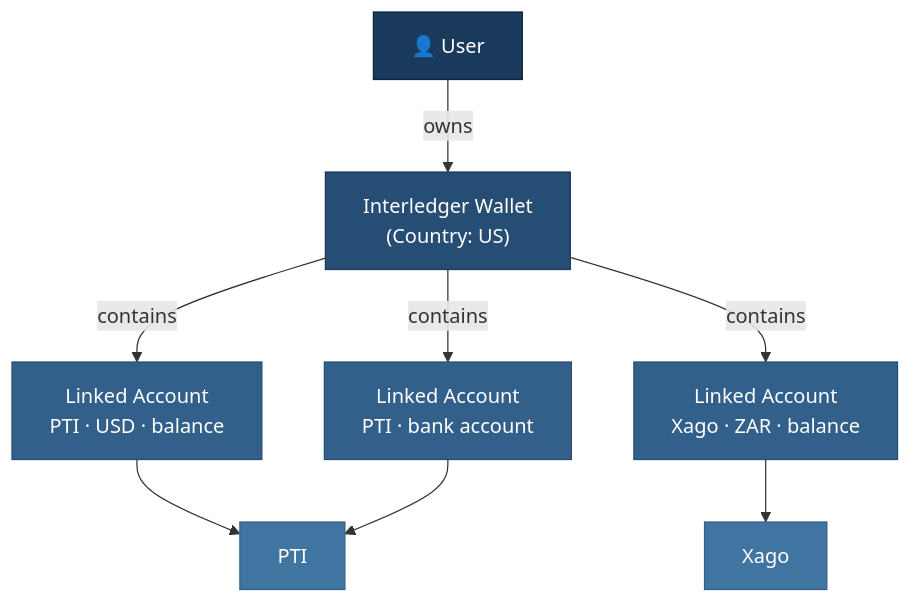
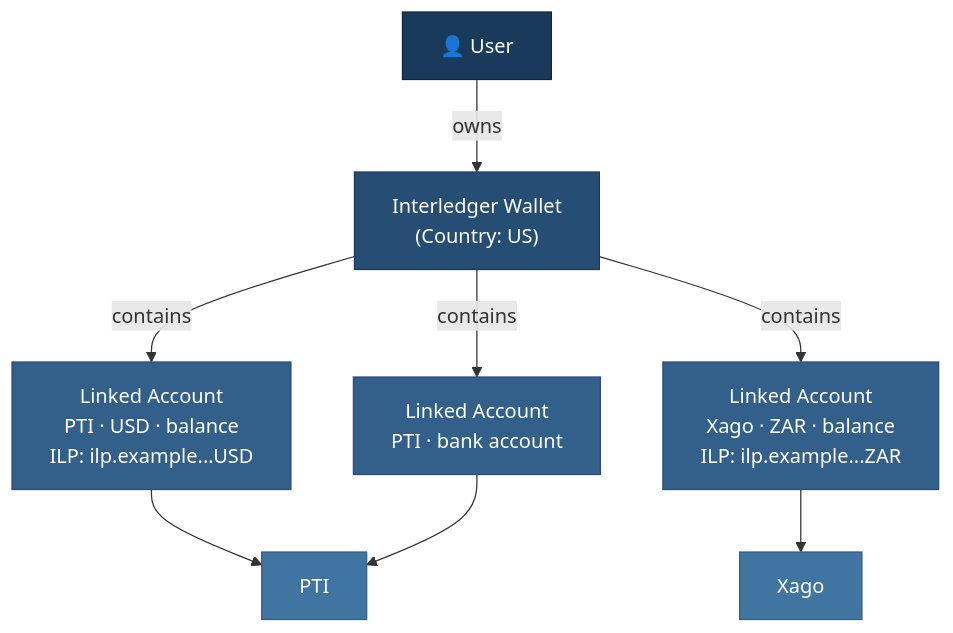
One commit to interledger/interledger-app changed the diagram in docs/concepts.md. Above: the diagram before and after it, drawn with Mermaid. The commit also changed other lines of this file and 9 other files, not shown here.

````diff
--- a/docs/concepts.md
+++ b/docs/concepts.md
@@ -9,23 +9,23 @@
 ```mermaid
 graph TD
     User["👤 User"]
     Wallet["Interledger Wallet<br/>(Country: US)"]
 
     User -->|owns| Wallet
 
-    Wallet -->|contains| LA1["Linked Account<br/>PTI · USD · balance"]
-    Wallet -->|contains| LA2["Linked Account<br/>Xago · ZAR · balance"]
+    Wallet -->|contains| LA1["Linked Account<br/>PTI · USD · balance<br/>ILP: ilp.example...USD"]
+    Wallet -->|contains| LA2["Linked Account<br/>Xago · ZAR · balance<br/>ILP: ilp.example...ZAR"]
     Wallet -->|contains| LA3["Linked Account<br/>PTI · bank account"]
 
     LA1 --> Provider1["PTI"]
     LA2 --> Provider2["Xago"]
     LA3 --> Provider1
 
     style User fill:#1a3a5c,stroke:#0f2440,color:#fff
     style Wallet fill:#264d73,stroke:#1a3a5c,color:#fff
     style LA1 fill:#33608a,stroke:#264d73,color:#fff
     style LA2 fill:#33608a,stroke:#264d73,color:#fff
     style LA3 fill:#33608a,stroke:#264d73,color:#fff
     style Provider1 fill:#4074a1,stroke:#33608a,color:#fff
     style Provider2 fill:#4074a1,stroke:#33608a,color:#fff
 ```
````
